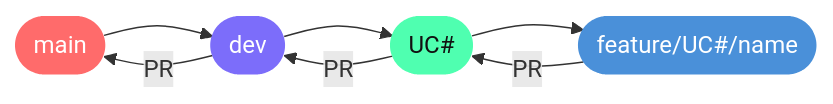
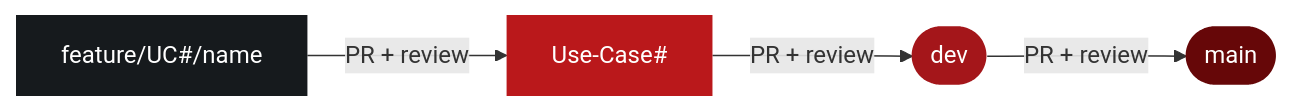
Before and after one commit to COS301-SE-2026/Gesture-Based-Drone-Control: the first of 2 diagrams in docs/GIT.md, drawn with Mermaid. The commit also changed other lines of this file and 52 other files, not shown here.

````diff
--- a/docs/GIT.md
+++ b/docs/GIT.md
@@ -5,17 +30,16 @@
 ```mermaid
 flowchart LR
+    feat["feature/UC#/name"]:::feat
+    uc["Use-Case#"]:::uc
+    dev(["dev"]):::dev
     main(["main"]):::main
-    dev(["dev"]):::dev
-    uc(["UC#"]):::uc
-    feat(["feature/UC#/name"]):::feat
 
-    main --> dev --> uc --> feat
-    feat -->|PR| uc
-    uc -->|PR| dev
-    dev -->|PR| main
+    feat -->|PR + review| uc
+    uc -->|PR + review| dev
+    dev -->|PR + review| main
 
-    classDef main fill:#ff6b6b,color:#fff,stroke:none
-    classDef dev  fill:#7c6dfa,color:#fff,stroke:none
-    classDef uc   fill:#4fffb0,color:#111,stroke:none
-    classDef feat fill:#4a90d9,color:#fff,stroke:none
+    classDef main fill:#660708,color:#fff,stroke:none
+    classDef dev  fill:#A4161A,color:#fff,stroke:none
+    classDef uc   fill:#BA181B,color:#fff,stroke:none
+    classDef feat fill:#161A1D,color:#fff,stroke:none
 ```
````
